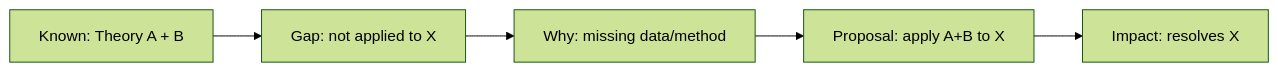
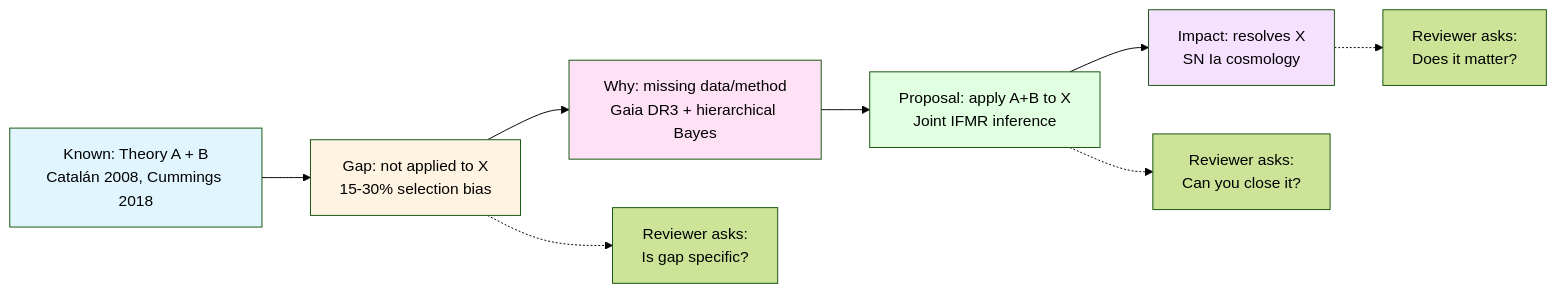
The second of 5 diagrams in 04_MPhil_PhD_Prep/mock_research_proposals/README.md (yip-lgtm/PhysicsSelfStudy), drawn with Mermaid (forest theme) before and after one commit. The commit also changed other lines of this file and 8 other files, not shown here.

````diff
--- a/04_MPhil_PhD_Prep/mock_research_proposals/README.md
+++ b/04_MPhil_PhD_Prep/mock_research_proposals/README.md
@@ -555,7 +844,16 @@
 ```mermaid
 graph LR
-    A[Known: Theory A + B] --> B[Gap: not applied to X]
-    B --> C[Why: missing data/method]
-    C --> D[Proposal: apply A+B to X]
-    D --> E[Impact: resolves X]
+    A[Known: Theory A + B<br/>Catalán 2008, Cummings 2018] --> B[Gap: not applied to X<br/>15-30% selection bias]
+    B --> C[Why: missing data/method<br/>Gaia DR3 + hierarchical Bayes]
+    C --> D[Proposal: apply A+B to X<br/>Joint IFMR inference]
+    D --> E[Impact: resolves X<br/>SN Ia cosmology]
+    B -.-> F[Reviewer asks:<br/>Is gap specific?]
+    D -.-> G[Reviewer asks:<br/>Can you close it?]
+    E -.-> H[Reviewer asks:<br/>Does it matter?]
+
+    style A fill:#e1f5ff
+    style B fill:#fff4e1
+    style C fill:#ffe1f5
+    style D fill:#e1ffe1
+    style E fill:#f5e1ff
 ```
````
